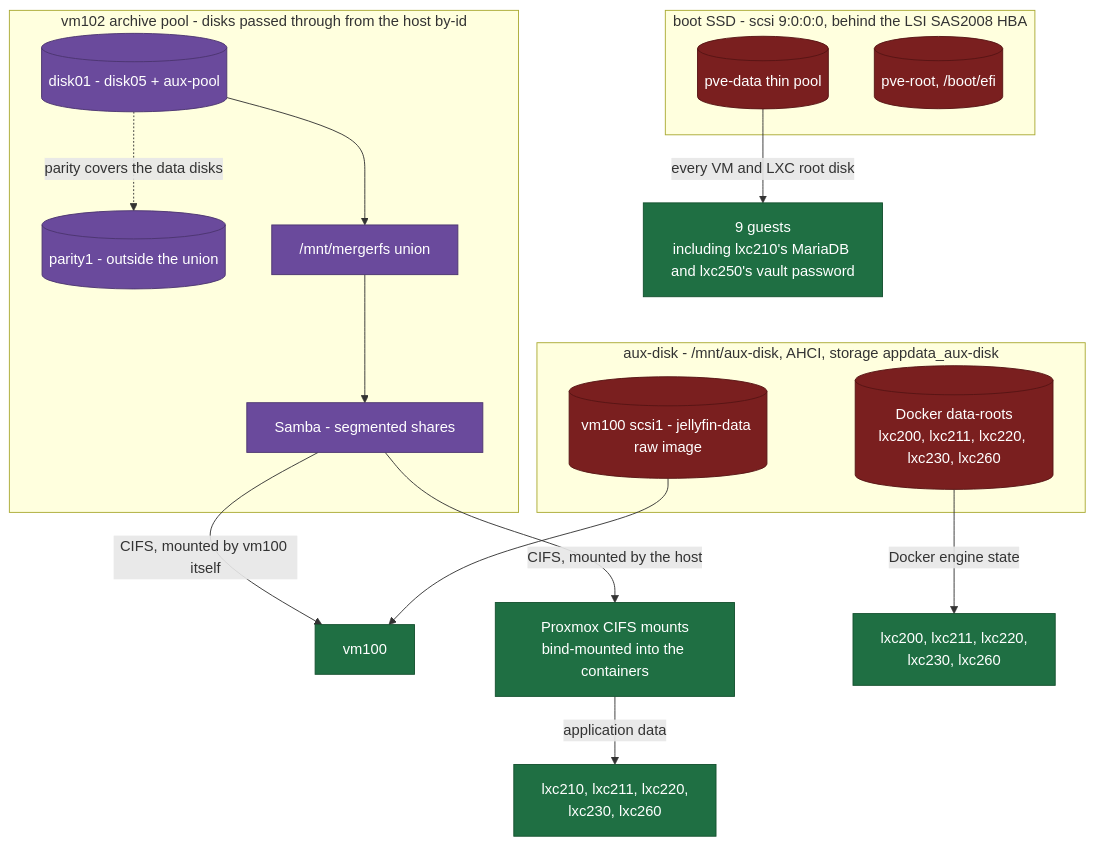
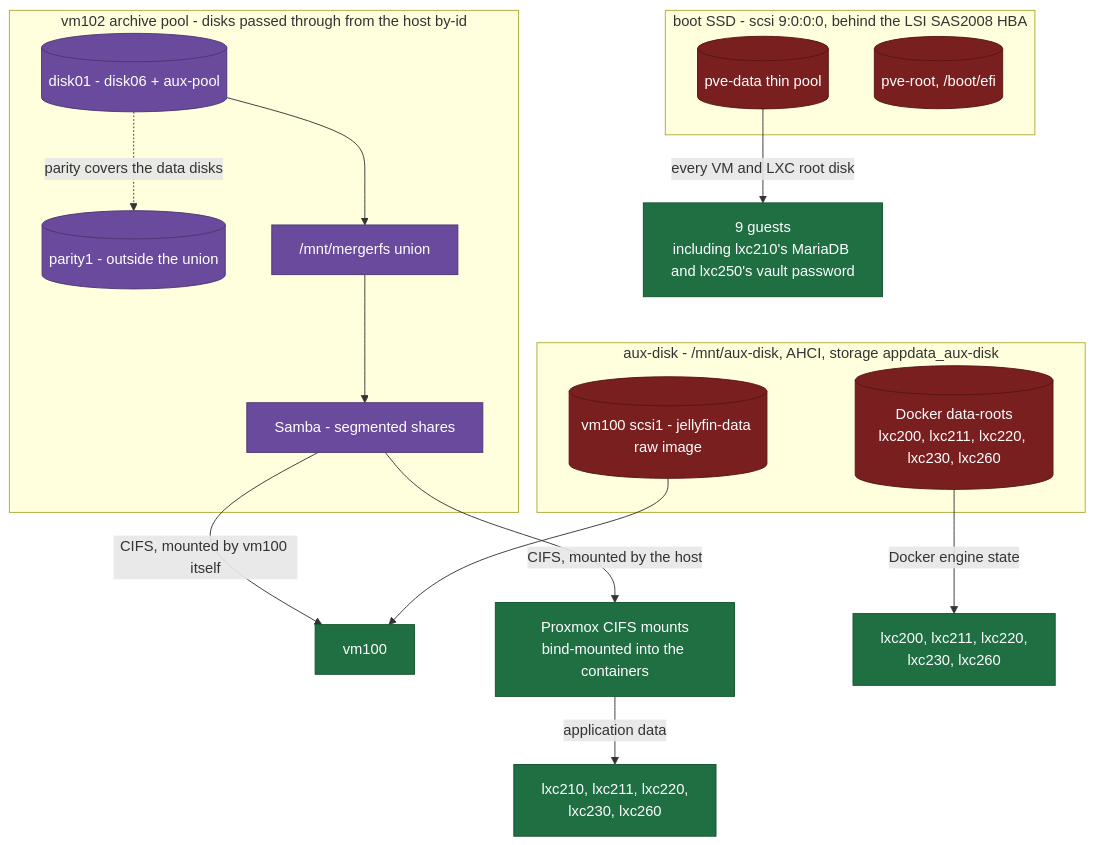
The third of 4 diagrams in docs/architecture/diagram.md (NicolasPogorzelski/homelab-server-architecture), drawn with Mermaid before and after one commit. The commit also changed 8 other files, not shown here.

First line of the commit message:
feat(vm102): add disk06 to the MergerFS and SnapRAID pool

````diff
--- a/docs/architecture/diagram.md
+++ b/docs/architecture/diagram.md
@@ -150,39 +150,39 @@
 ```mermaid
 flowchart TB
   accTitle: The three storage layers of the platform
   accDescr: Boot SSD thin pool with all guest root disks, aux-disk with Docker data roots, and the vm102 archive pool with parity, showing which consumer uses which.
 
   subgraph boot["boot SSD - scsi 9:0:0:0, behind the LSI SAS2008 HBA"]
     THIN[("pve-data thin pool")]
     PVEROOT[("pve-root, /boot/efi")]
   end
 
   subgraph aux["aux-disk - /mnt/aux-disk, AHCI, storage appdata_aux-disk"]
     DOCKERROOTS[("Docker data-roots<br/>lxc200, lxc211, lxc220, lxc230, lxc260")]
     JELLYRAW[("vm100 scsi1 - jellyfin-data raw image")]
   end
 
   subgraph pool["vm102 archive pool - disks passed through from the host by-id"]
-    DISKS[("disk01 - disk05 + aux-pool")]
+    DISKS[("disk01 - disk06 + aux-pool")]
     PARITY[("parity1 - outside the union")]
     MERGER["/mnt/mergerfs union"]
     SAMBA["Samba - segmented shares"]
   end
 
   THIN -->|"every VM and LXC root disk"| GUESTS["9 guests<br/>including lxc210's MariaDB and lxc250's vault password"]
   DISKS --> MERGER
   DISKS -.->|"parity covers the data disks"| PARITY
   MERGER --> SAMBA
   SAMBA -->|"CIFS, mounted by vm100 itself"| VM100["vm100"]
   SAMBA -->|"CIFS, mounted by the host"| HOSTCIFS["Proxmox CIFS mounts<br/>bind-mounted into the containers"]
   HOSTCIFS -->|"application data"| CIFSLXC["lxc210, lxc211, lxc220,<br/>lxc230, lxc260"]
   DOCKERROOTS -->|"Docker engine state"| DOCKERLXC["lxc200, lxc211, lxc220,<br/>lxc230, lxc260"]
   JELLYRAW --> VM100
 
   classDef sick fill:#7a1f1f,stroke:#571414,color:#ffffff
   classDef ok fill:#6a4a9c,stroke:#4c3570,color:#ffffff
   classDef consumer fill:#1f6f43,stroke:#14512f,color:#ffffff
   class THIN,PVEROOT,DOCKERROOTS,JELLYRAW sick
   class DISKS,PARITY,MERGER,SAMBA ok
   class GUESTS,VM100,CIFSLXC,DOCKERLXC,HOSTCIFS consumer
 ```
````
